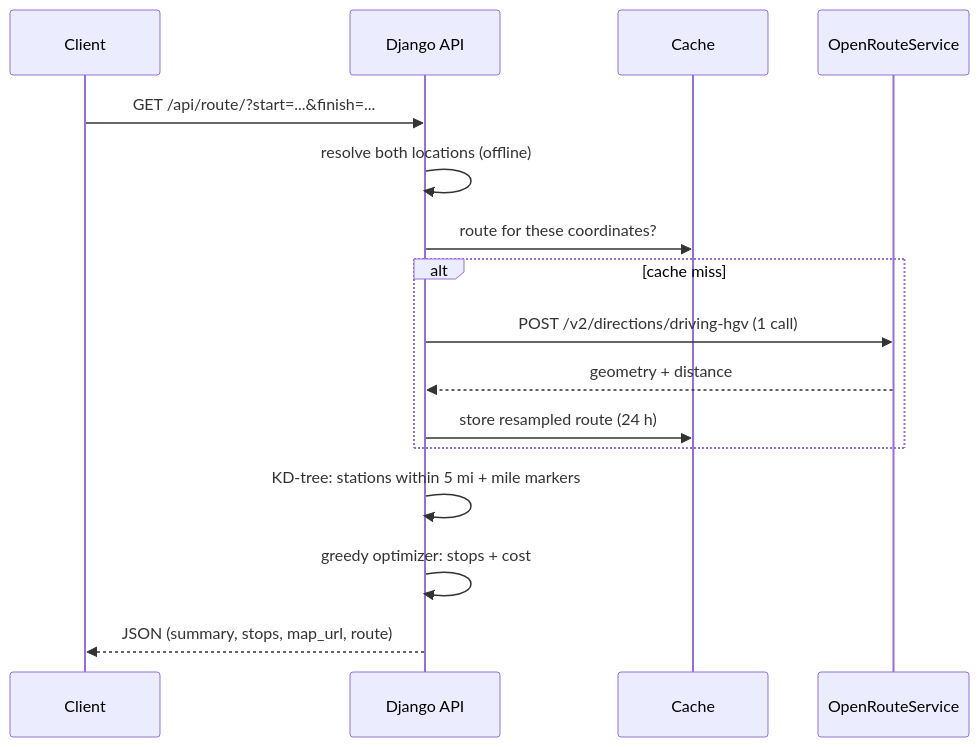
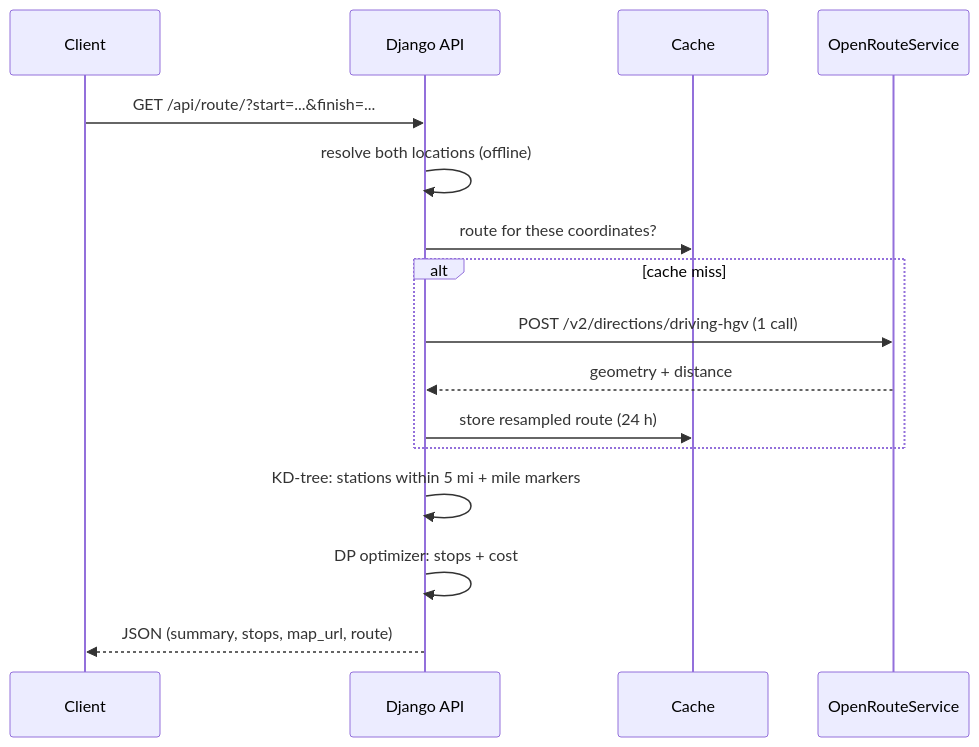
One commit to Ibrahim8781/fuel-route-optimizer changed the second of 2 diagrams in docs/DESIGN.md. Above: the diagram before and after it, drawn with Mermaid. The commit also changed other lines of this file and 10 other files, not shown here.

````diff
--- a/docs/DESIGN.md
+++ b/docs/DESIGN.md
@@ -62,18 +62,18 @@
 ```mermaid
 sequenceDiagram
     participant Client
     participant API as Django API
     participant Cache
     participant ORS as OpenRouteService
     Client->>API: GET /api/route/?start=...&finish=...
     API->>API: resolve both locations (offline)
     API->>Cache: route for these coordinates?
     alt cache miss
         API->>ORS: POST /v2/directions/driving-hgv (1 call)
         ORS-->>API: geometry + distance
         API->>Cache: store resampled route (24 h)
     end
     API->>API: KD-tree: stations within 5 mi + mile markers
-    API->>API: greedy optimizer: stops + cost
+    API->>API: DP optimizer: stops + cost
     API-->>Client: JSON (summary, stops, map_url, route)
 ```
````
